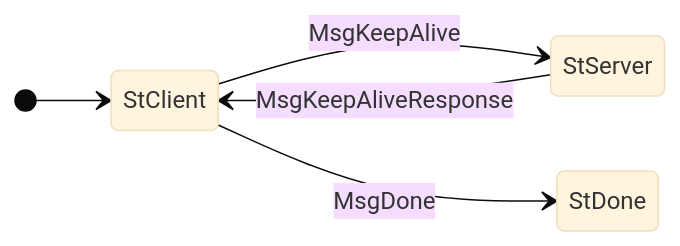
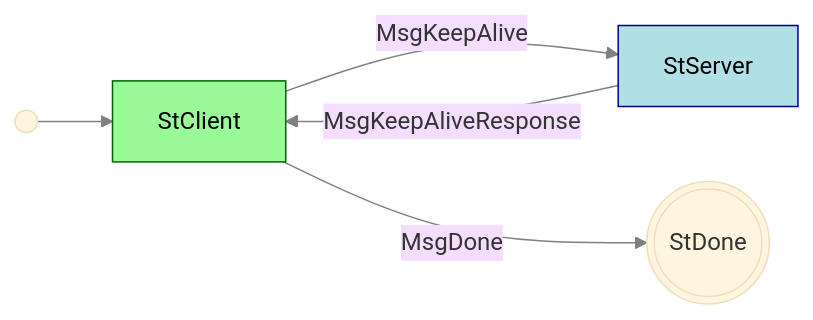
Before and after one commit to rkuhn/cardano-blueprint: the diagram in src/network/node-to-node/keep-alive/README.md, drawn with Mermaid (base theme). The commit also changed 11 other files, not shown here.

First line of the commit message:
Improve readability of state diagrams

````diff
--- a/src/network/node-to-node/keep-alive/README.md
+++ b/src/network/node-to-node/keep-alive/README.md
@@ -7,8 +7,16 @@
 ```mermaid
-stateDiagram
-  direction LR
-  [*] --> StClient
-  StClient --> StServer: MsgKeepAlive
-  StServer --> StClient: MsgKeepAliveResponse
-  StClient --> StDone: MsgDone
+graph LR
+  classDef client color:black,fill:PaleGreen,stroke:DarkGreen;
+  classDef server color:black,fill:PowderBlue,stroke:DarkBlue;
+  linkStyle default stroke:gray
+
+  StDone(((StDone)))
+
+  i(( )) --> StClient
+  StClient --MsgKeepAlive--> StServer
+  StServer --MsgKeepAliveResponse--> StClient
+  StClient --MsgDone--> StDone
+
+  class StClient client
+  class StServer server
 ```
````
